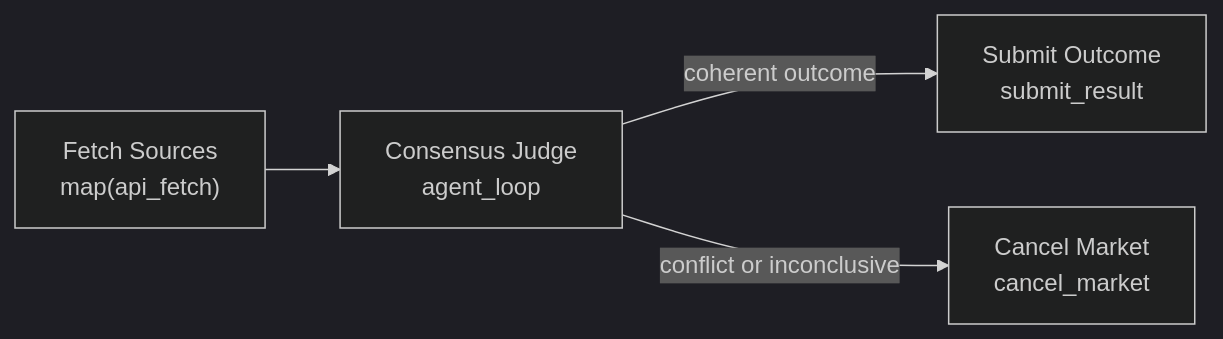
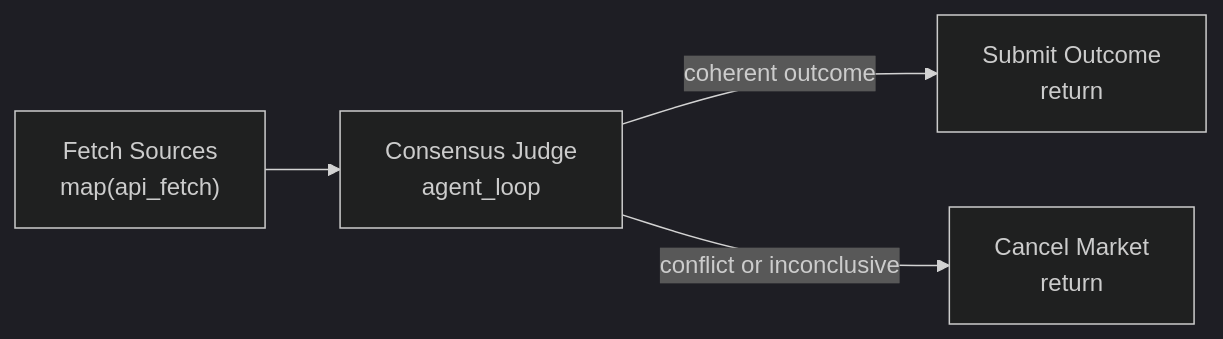
The diagram in docs/examples/redundant-source-consensus/README.md (qmrkt/resolution-engine), drawn with Mermaid (dark theme) before and after one commit. The commit also changed 86 other files, not shown here.

````diff
--- a/docs/examples/redundant-source-consensus/README.md
+++ b/docs/examples/redundant-source-consensus/README.md
@@ -14,11 +14,11 @@
 ```mermaid
 flowchart LR
   sources["Fetch Sources<br/>map(api_fetch)"]
   consensus["Consensus Judge<br/>agent_loop"]
-  submit["Submit Outcome<br/>submit_result"]
-  cancel["Cancel Market<br/>cancel_market"]
+  submit["Submit Outcome<br/>return"]
+  cancel["Cancel Market<br/>return"]
 
   sources --> consensus
   consensus -->|"coherent outcome"| submit
   consensus -->|"conflict or inconclusive"| cancel
 ```
````
